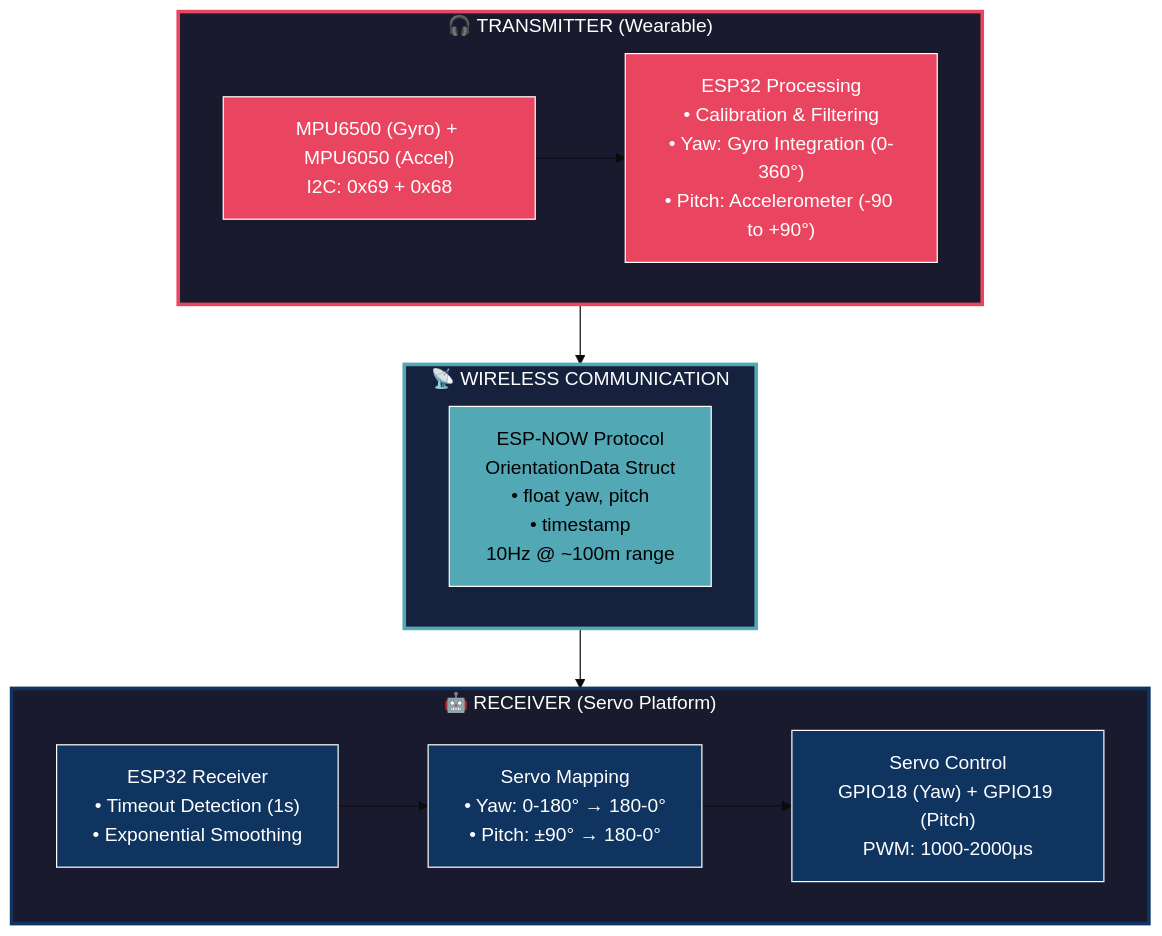
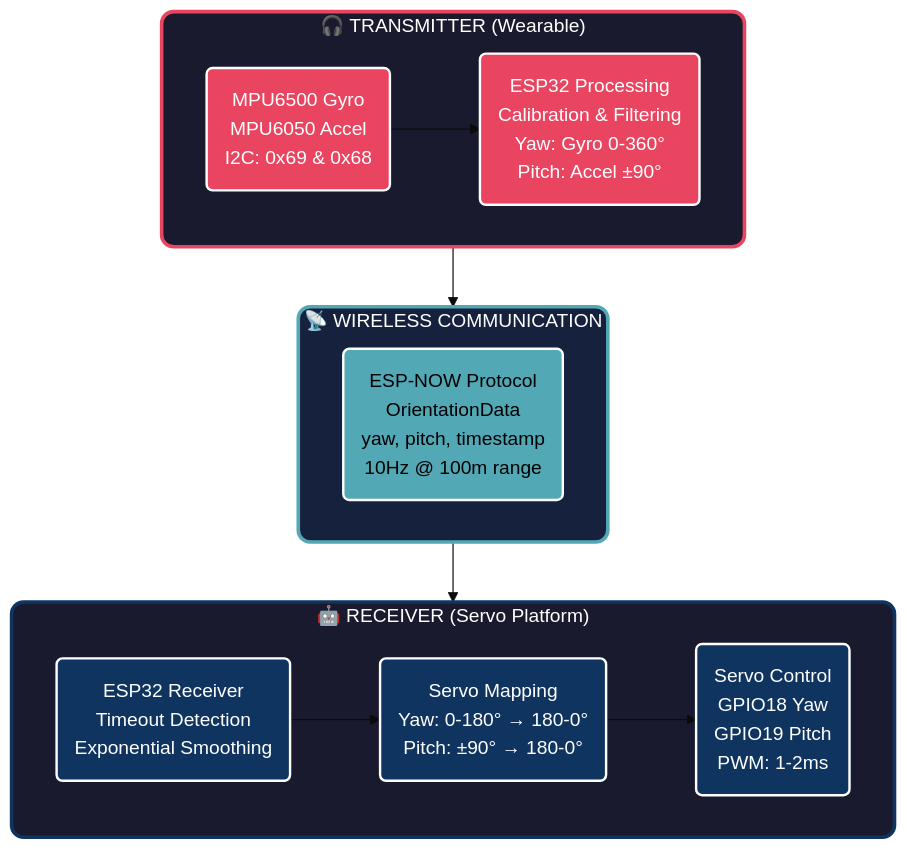
The diagram in README.md (Asmithcodes/Wireless-Headtracking-System), drawn with Mermaid (base theme) before and after one commit.

Commit message:
Readme testing

````diff
--- a/README.md
+++ b/README.md
@@ -63,33 +63,33 @@
 ```mermaid
 graph TD
     subgraph TX["🎧 TRANSMITTER (Wearable)"]
-        SENSORS["MPU6500 (Gyro) + MPU6050 (Accel)<br/>I2C: 0x69 + 0x68"]
-        PROCESS["ESP32 Processing<br/>• Calibration & Filtering<br/>• Yaw: Gyro Integration (0-360°)<br/>• Pitch: Accelerometer (-90 to +90°)"]
+        SENSORS("MPU6500 Gyro<br/>MPU6050 Accel<br/>I2C: 0x69 & 0x68")
+        PROCESS("ESP32 Processing<br/>Calibration & Filtering<br/>Yaw: Gyro 0-360°<br/>Pitch: Accel ±90°")
         SENSORS --> PROCESS
     end
 
     subgraph COMM["📡 WIRELESS COMMUNICATION"]
-        PACKET["ESP-NOW Protocol<br/>OrientationData Struct<br/>• float yaw, pitch<br/>• timestamp<br/>10Hz @ ~100m range"]
+        PACKET("ESP-NOW Protocol<br/>OrientationData<br/>yaw, pitch, timestamp<br/>10Hz @ 100m range")
     end
 
     subgraph RX["🤖 RECEIVER (Servo Platform)"]
-        RECEIVE["ESP32 Receiver<br/>• Timeout Detection (1s)<br/>• Exponential Smoothing"]
-        MAPPING["Servo Mapping<br/>• Yaw: 0-180° → 180-0°<br/>• Pitch: ±90° → 180-0°"]
-        SERVOS["Servo Control<br/>GPIO18 (Yaw) + GPIO19 (Pitch)<br/>PWM: 1000-2000μs"]
+        RECEIVE("ESP32 Receiver<br/>Timeout Detection<br/>Exponential Smoothing")
+        MAPPING("Servo Mapping<br/>Yaw: 0-180° → 180-0°<br/>Pitch: ±90° → 180-0°")
+        SERVOS("Servo Control<br/>GPIO18 Yaw<br/>GPIO19 Pitch<br/>PWM: 1-2ms")
         RECEIVE --> MAPPING
         MAPPING --> SERVOS
     end
 
     TX --> COMM
     COMM --> RX
 
-    style TX fill:#1a1a2e,stroke:#e94560,stroke-width:3px,color:#fff
-    style RX fill:#1a1a2e,stroke:#0f3460,stroke-width:3px,color:#fff
-    style COMM fill:#16213e,stroke:#53a8b6,stroke-width:3px,color:#fff
-    style SENSORS fill:#e94560,stroke:#fff,stroke-width:1px,color:#fff
-    style PROCESS fill:#e94560,stroke:#fff,stroke-width:1px,color:#fff
-    style PACKET fill:#53a8b6,stroke:#fff,stroke-width:1px,color:#000
-    style RECEIVE fill:#0f3460,stroke:#fff,stroke-width:1px,color:#fff
-    style MAPPING fill:#0f3460,stroke:#fff,stroke-width:1px,color:#fff
-    style SERVOS fill:#0f3460,stroke:#fff,stroke-width:1px,color:#fff
+    style TX fill:#1a1a2e,stroke:#e94560,stroke-width:3px,color:#fff,rx:10,ry:10
+    style RX fill:#1a1a2e,stroke:#0f3460,stroke-width:3px,color:#fff,rx:10,ry:10
+    style COMM fill:#16213e,stroke:#53a8b6,stroke-width:3px,color:#fff,rx:10,ry:10
+    style SENSORS fill:#e94560,stroke:#fff,stroke-width:2px,color:#fff
+    style PROCESS fill:#e94560,stroke:#fff,stroke-width:2px,color:#fff
+    style PACKET fill:#53a8b6,stroke:#fff,stroke-width:2px,color:#000
+    style RECEIVE fill:#0f3460,stroke:#fff,stroke-width:2px,color:#fff
+    style MAPPING fill:#0f3460,stroke:#fff,stroke-width:2px,color:#fff
+    style SERVOS fill:#0f3460,stroke:#fff,stroke-width:2px,color:#fff
 ```
````
